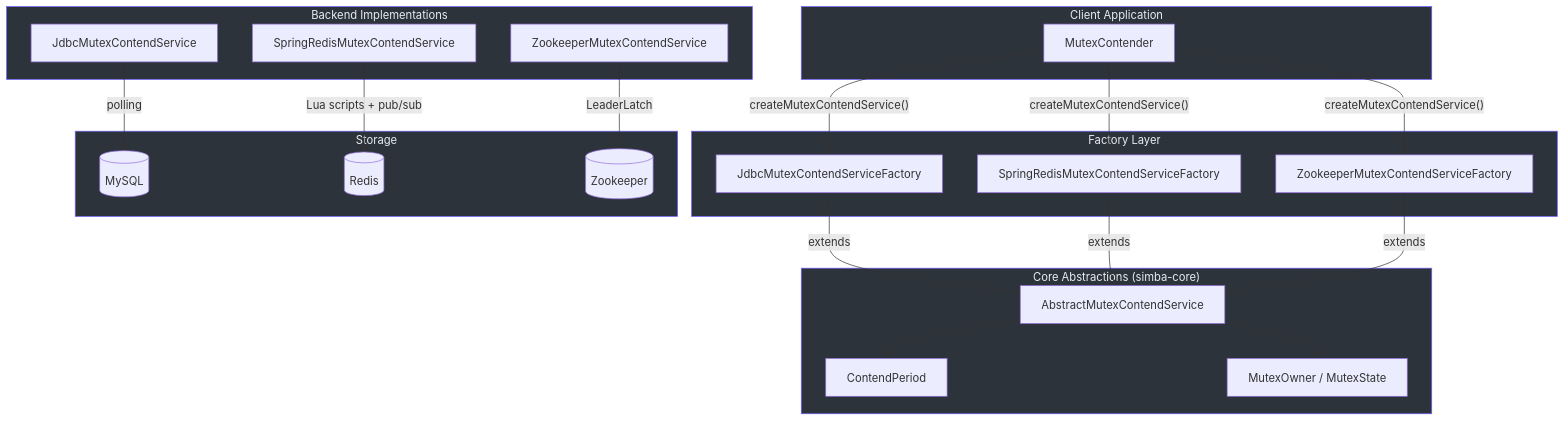
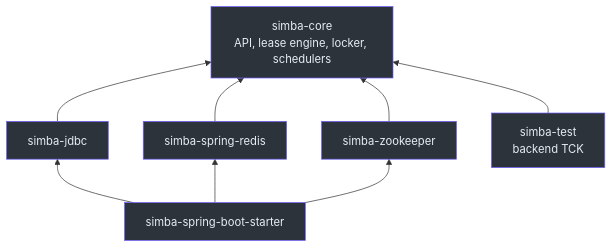
One commit to Ahoo-Wang/Simba changed the first of 2 diagrams in wiki/architecture/index.md. Above: the diagram before and after it, drawn with Mermaid. The commit also changed other lines of this file and 81 other files, not shown here.

````diff
--- a/wiki/architecture/index.md
+++ b/wiki/architecture/index.md
@@ -18,51 +13,22 @@
 ```mermaid
-flowchart TD
-    subgraph Client["Client Application"]
-        C1["MutexContender"]
-    end
-
-    subgraph FactoryLayer["Factory Layer"]
-        F1["JdbcMutexContendServiceFactory"]
-        F2["SpringRedisMutexContendServiceFactory"]
-        F3["ZookeeperMutexContendServiceFactory"]
-    end
-
-    subgraph CoreLayer["Core Abstractions (simba-core)"]
-        AMS["AbstractMutexContendService"]
-        CP["ContendPeriod"]
-        MO["MutexOwner / MutexState"]
-    end
-
-    subgraph BackendLayer["Backend Implementations"]
-        JDBC["JdbcMutexContendService"]
-        REDIS["SpringRedisMutexContendService"]
-        ZK["ZookeeperMutexContendService"]
-    end
-
-    subgraph Storage["Storage"]
-        DB[("MySQL")]
-        RD[("Redis")]
-        ZKSTORE[("Zookeeper")]
-    end
-
-    C1 -->|"createMutexContendService()"| F1
-    C1 -->|"createMutexContendService()"| F2
-    C1 -->|"createMutexContendService()"| F3
-
-    F1 -->|"extends"| AMS
-    F2 -->|"extends"| AMS
-    F3 -->|"extends"| AMS
-
-    AMS --> CP
-    AMS --> MO
-
-    JDBC -->|"polling"| DB
-    REDIS -->|"Lua scripts + pub/sub"| RD
-    ZK -->|"LeaderLatch"| ZKSTORE
-
-    style Client fill:#2d333b,stroke:#6d5dfc,color:#e6edf3
-    style FactoryLayer fill:#2d333b,stroke:#6d5dfc,color:#e6edf3
-    style CoreLayer fill:#2d333b,stroke:#6d5dfc,color:#e6edf3
-    style BackendLayer fill:#2d333b,stroke:#6d5dfc,color:#e6edf3
-    style Storage fill:#2d333b,stroke:#6d5dfc,color:#e6edf3
+graph BT
+    core["simba-core<br>API, lease engine, locker, schedulers"]
+    jdbc["simba-jdbc"]
+    redis["simba-spring-redis"]
+    zk["simba-zookeeper"]
+    starter["simba-spring-boot-starter"]
+    tck["simba-test<br>backend TCK"]
+    jdbc --> core
+    redis --> core
+    zk --> core
+    starter --> jdbc
+    starter --> redis
+    starter --> zk
+    tck --> core
+    style core fill:#2d333b,stroke:#6d5dfc,color:#e6edf3
+    style jdbc fill:#2d333b,stroke:#6d5dfc,color:#e6edf3
+    style redis fill:#2d333b,stroke:#6d5dfc,color:#e6edf3
+    style zk fill:#2d333b,stroke:#6d5dfc,color:#e6edf3
+    style starter fill:#2d333b,stroke:#6d5dfc,color:#e6edf3
+    style tck fill:#2d333b,stroke:#6d5dfc,color:#e6edf3
 ```
````
